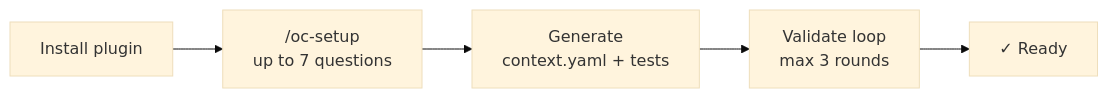
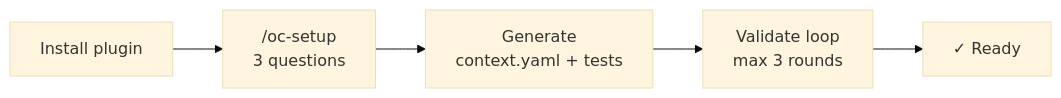
Before and after one commit to oopsla5xx/open-context: the first of 2 diagrams in README.md, drawn with Mermaid (base theme). The commit also changed other lines of this file and 6 other files, not shown here.

````diff
--- a/README.md
+++ b/README.md
@@ -121,7 +121,7 @@
 ```mermaid
 flowchart LR
-    A[Install plugin] --> B["/oc-setup\nup to 7 questions"]
+    A[Install plugin] --> B["/oc-setup\n3 questions"]
     B --> C[Generate\ncontext.yaml + tests]
     C --> D[Validate loop\nmax 3 rounds]
     D --> E["✓ Ready"]
 ```
````
